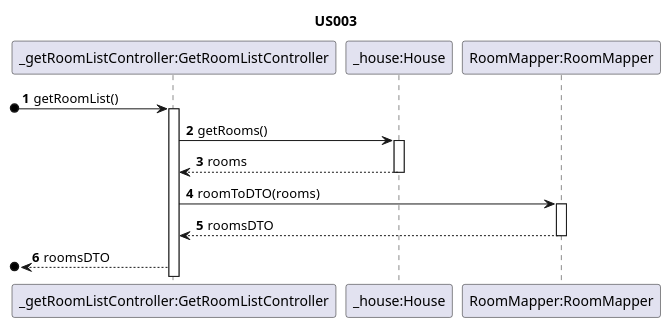
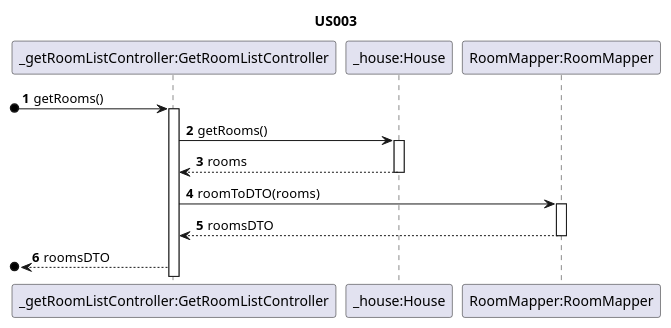
The diagram in projetoIntermedio/docs/sequence/UserStory003.puml (ozepedrorodrigues/projetoIntermedio), drawn with PlantUML before and after one commit.

Commit message:
diagrama de sequencia US3

```diff
--- a/projetoIntermedio/docs/sequence/UserStory003.puml
+++ b/projetoIntermedio/docs/sequence/UserStory003.puml
@@ -1,30 +1,30 @@
 @startuml
 'https://plantuml.com/sequence-diagram
 
 autonumber
 
 title US003
 
 /'
 As an Administrator, I want to have a list of existing rooms, so that I can choose one to edit it.
 '/
 
 participant "_getRoomListController:GetRoomListController" as C
 participant "_house:House" as H
 participant "RoomMapper:RoomMapper" as M
 
-[o-> C: getRoomList()
+[o-> C: getRooms()
 activate C
 C -> H: getRooms()
 activate H
 H-->C: rooms
 deactivate H
 C -> M: roomToDTO(rooms)
 activate M
 
 M-->C: roomsDTO
 deactivate M
 [o<--C: roomsDTO
 
 
 @enduml
```
